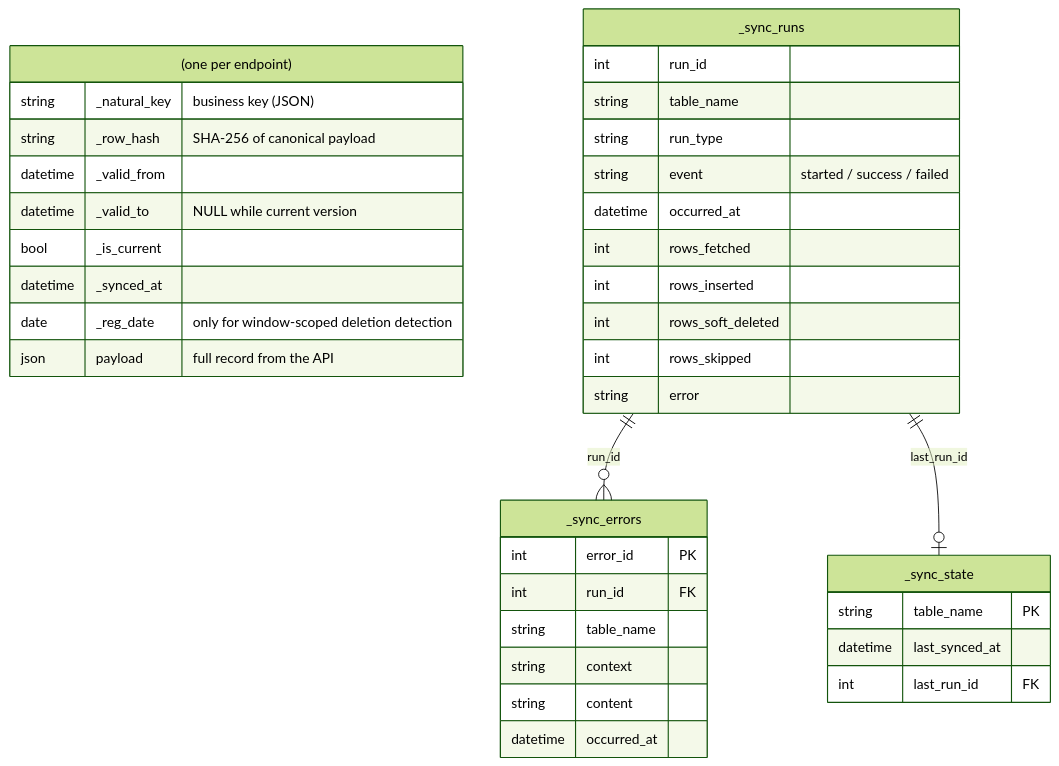
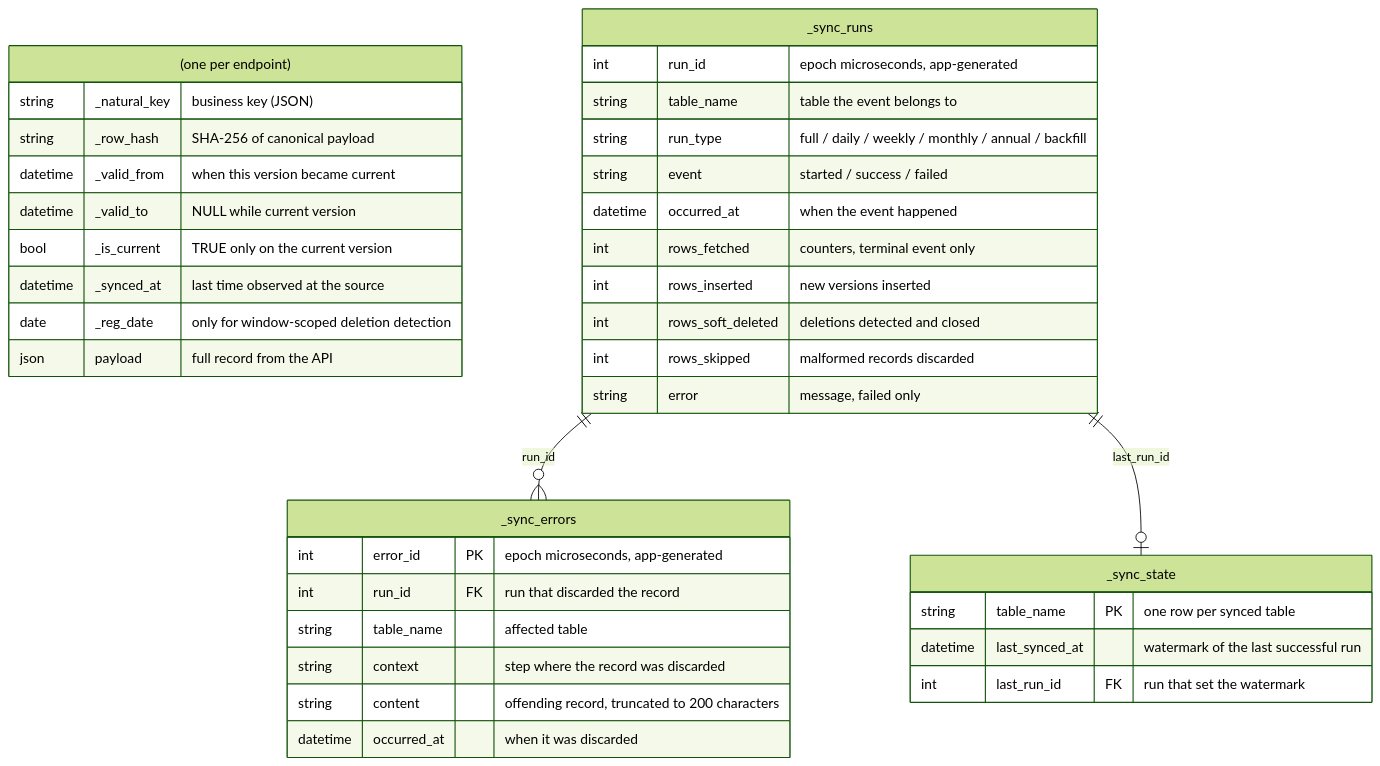
The first of 2 diagrams in packages/bdns-sync/README.en.md (cruzlorite/bdns-fetch), drawn with Mermaid (forest theme) before and after one commit. The commit also changed other lines of this file and 1 other file, not shown here.

Commit message:
docs: fill in schema diagram column descriptions, note success-event window
Every column in the Mermaid erDiagram now carries a short description.
The run-lifecycle section explains why the success event lives outside
the data transaction: a correct ingest can theoretically lose its
terminal event, which at worst causes a harmless idempotent re-run,
whereas writing it inside the transaction could let a success describe
rolled-back data.

````diff
--- a/packages/bdns-sync/README.en.md
+++ b/packages/bdns-sync/README.en.md
@@ -113,40 +113,40 @@
 ```mermaid
 erDiagram
     "<entity> (one per endpoint)" {
         string  _natural_key   "business key (JSON)"
         string  _row_hash      "SHA-256 of canonical payload"
-        datetime _valid_from
+        datetime _valid_from   "when this version became current"
         datetime _valid_to     "NULL while current version"
-        bool    _is_current
-        datetime _synced_at
+        bool    _is_current    "TRUE only on the current version"
+        datetime _synced_at    "last time observed at the source"
         date    _reg_date      "only for window-scoped deletion detection"
         json    payload        "full record from the API"
     }
     _sync_state {
-        string   table_name PK
-        datetime last_synced_at
-        int      last_run_id FK
+        string   table_name PK "one row per synced table"
+        datetime last_synced_at "watermark of the last successful run"
+        int      last_run_id FK "run that set the watermark"
     }
     _sync_runs {
-        int      run_id
-        string   table_name
-        string   run_type
+        int      run_id        "epoch microseconds, app-generated"
+        string   table_name    "table the event belongs to"
+        string   run_type      "full / daily / weekly / monthly / annual / backfill"
         string   event         "started / success / failed"
-        datetime occurred_at
-        int      rows_fetched
-        int      rows_inserted
-        int      rows_soft_deleted
-        int      rows_skipped
-        string   error
+        datetime occurred_at   "when the event happened"
+        int      rows_fetched  "counters, terminal event only"
+        int      rows_inserted "new versions inserted"
+        int      rows_soft_deleted "deletions detected and closed"
+        int      rows_skipped  "malformed records discarded"
+        string   error         "message, failed only"
     }
     _sync_errors {
-        int      error_id PK
-        int      run_id FK
-        string   table_name
-        string   context
-        string   content
-        datetime occurred_at
+        int      error_id PK   "epoch microseconds, app-generated"
+        int      run_id FK     "run that discarded the record"
+        string   table_name    "affected table"
+        string   context       "step where the record was discarded"
+        string   content       "offending record, truncated to 200 characters"
+        datetime occurred_at   "when it was discarded"
     }
     _sync_runs ||--o{ _sync_errors : "run_id"
     _sync_runs ||--o| _sync_state : "last_run_id"
 ```
````
